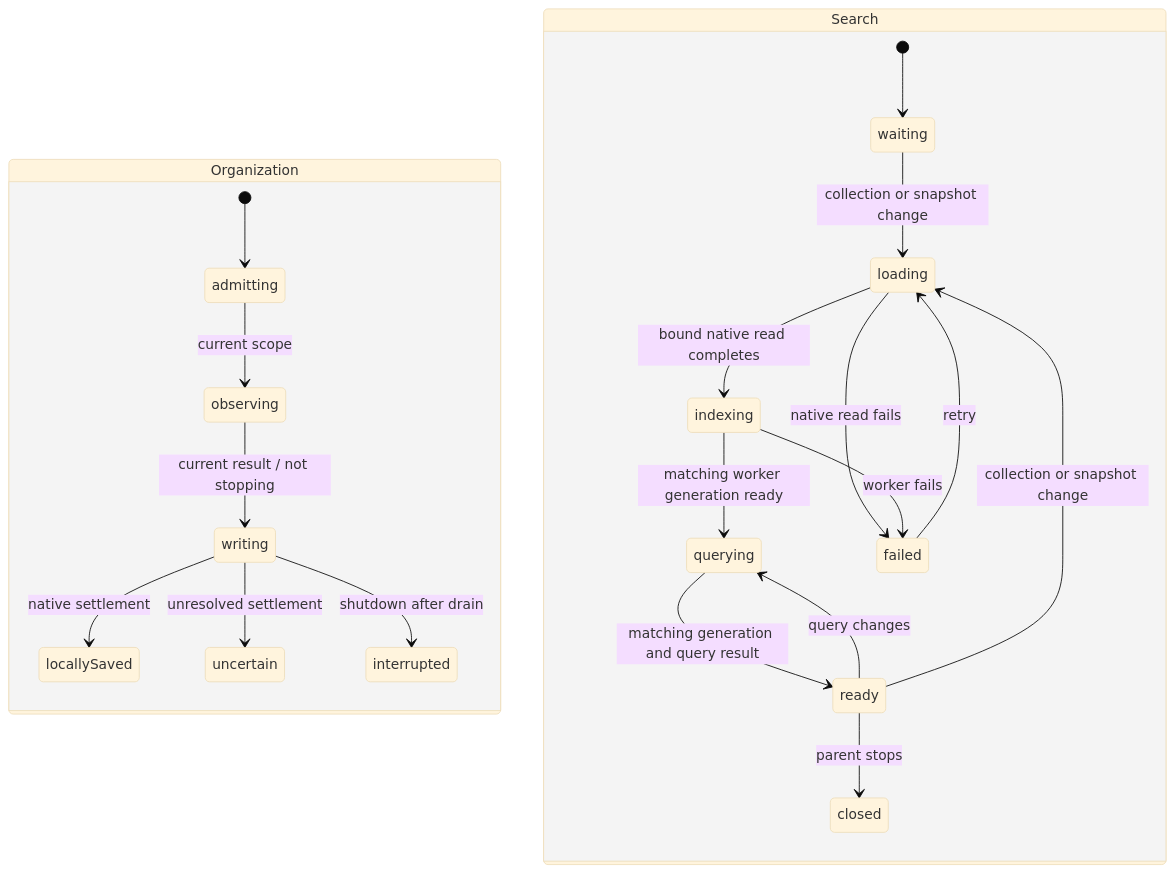
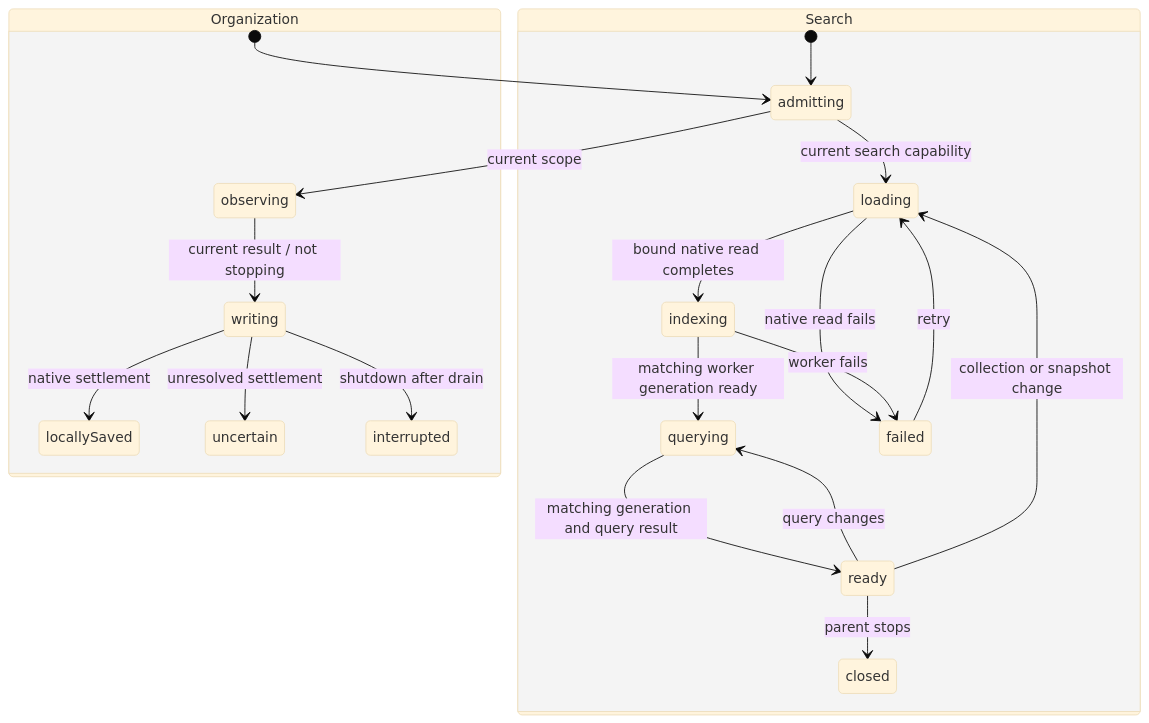
One commit to delightful-labs/delightful-clipper changed the diagram in specs/001-jazz-clipper/search-tags-trash.md. Above: the diagram before and after it, drawn with Mermaid (base theme). The commit also changed other lines of this file and 18 other files, not shown here.

````diff
--- a/specs/001-jazz-clipper/search-tags-trash.md
+++ b/specs/001-jazz-clipper/search-tags-trash.md
@@ -14,24 +14,24 @@
 ```mermaid
 stateDiagram-v2
   state Organization {
     [*] --> admitting
     admitting --> observing: current scope
     observing --> writing: current result / not stopping
     writing --> locallySaved: native settlement
     writing --> uncertain: unresolved settlement
     writing --> interrupted: shutdown after drain
   }
   state Search {
-    [*] --> waiting
-    waiting --> loading: collection or snapshot change
+    [*] --> admitting
+    admitting --> loading: current search capability
     loading --> indexing: bound native read completes
     indexing --> querying: matching worker generation ready
     querying --> ready: matching generation and query result
     ready --> querying: query changes
     ready --> loading: collection or snapshot change
     loading --> failed: native read fails
     indexing --> failed: worker fails
     failed --> loading: retry
     ready --> closed: parent stops
   }
 ```
````
